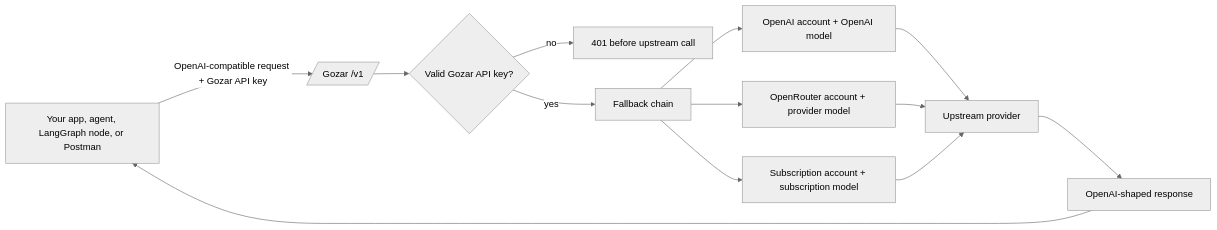
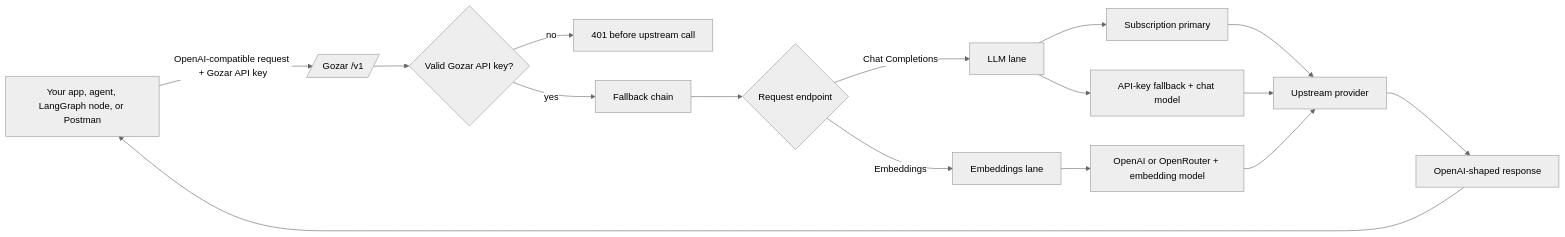
The first of 2 diagrams in README.md (Soilbuilding-libraryroutine78/Gozar), drawn with Mermaid (neutral theme) before and after one commit. The commit also changed other lines of this file and 49 other files, not shown here.

````diff
--- a/README.md
+++ b/README.md
@@ -90,15 +89,18 @@
 ```mermaid
 flowchart LR
     App[Your app, agent, LangGraph node, or Postman] -->|OpenAI-compatible request + Gozar API key| Gozar[/Gozar /v1/]
     Gozar --> Token{Valid Gozar API key?}
     Token -->|no| Reject[401 before upstream call]
     Token -->|yes| Chain[Fallback chain]
-    Chain --> AccountA[OpenAI account + OpenAI model]
-    Chain --> AccountB[OpenRouter account + provider model]
-    Chain --> AccountC[Subscription account + subscription model]
+    Chain --> Endpoint{Request endpoint}
+    Endpoint -->|Chat Completions| LLM[LLM lane]
+    Endpoint -->|Embeddings| Embed[Embeddings lane]
+    LLM --> AccountA[Subscription primary]
+    LLM --> AccountB[API-key fallback + chat model]
+    Embed --> AccountC[OpenAI or OpenRouter + embedding model]
     AccountA --> Provider[Upstream provider]
     AccountB --> Provider
     AccountC --> Provider
     Provider --> Response[OpenAI-shaped response]
     Response --> App
 ```
````
